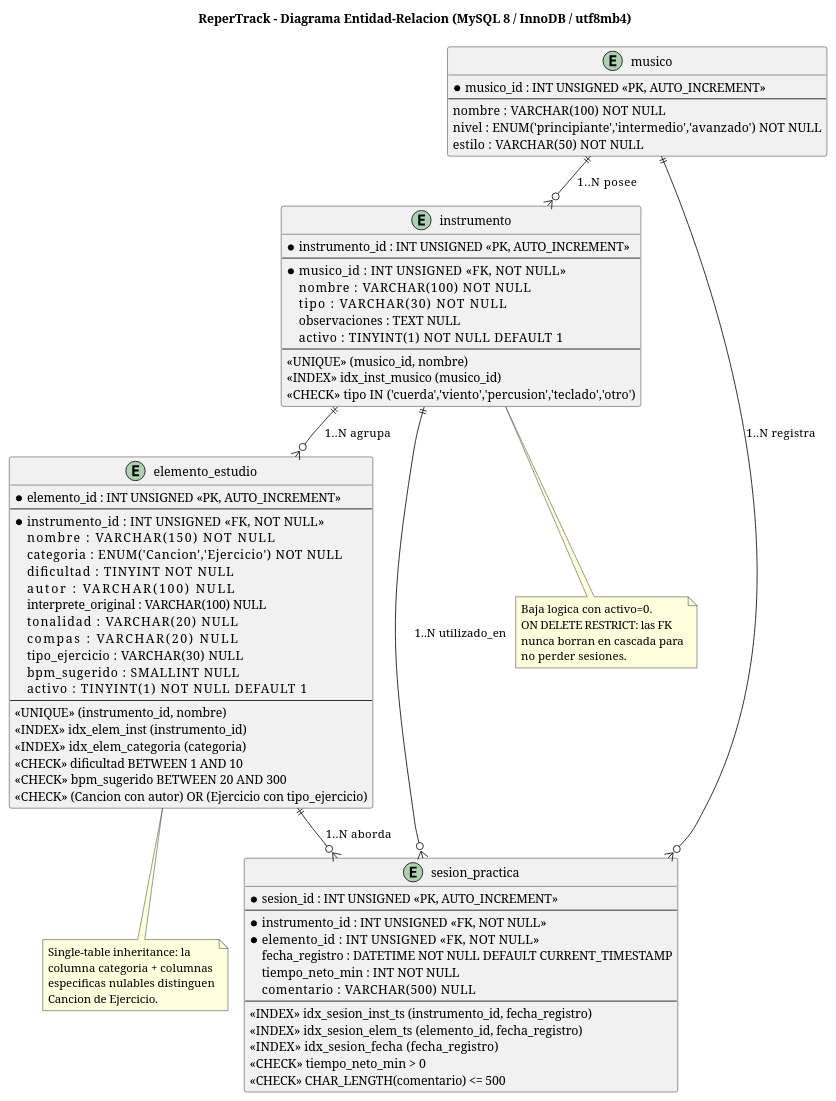
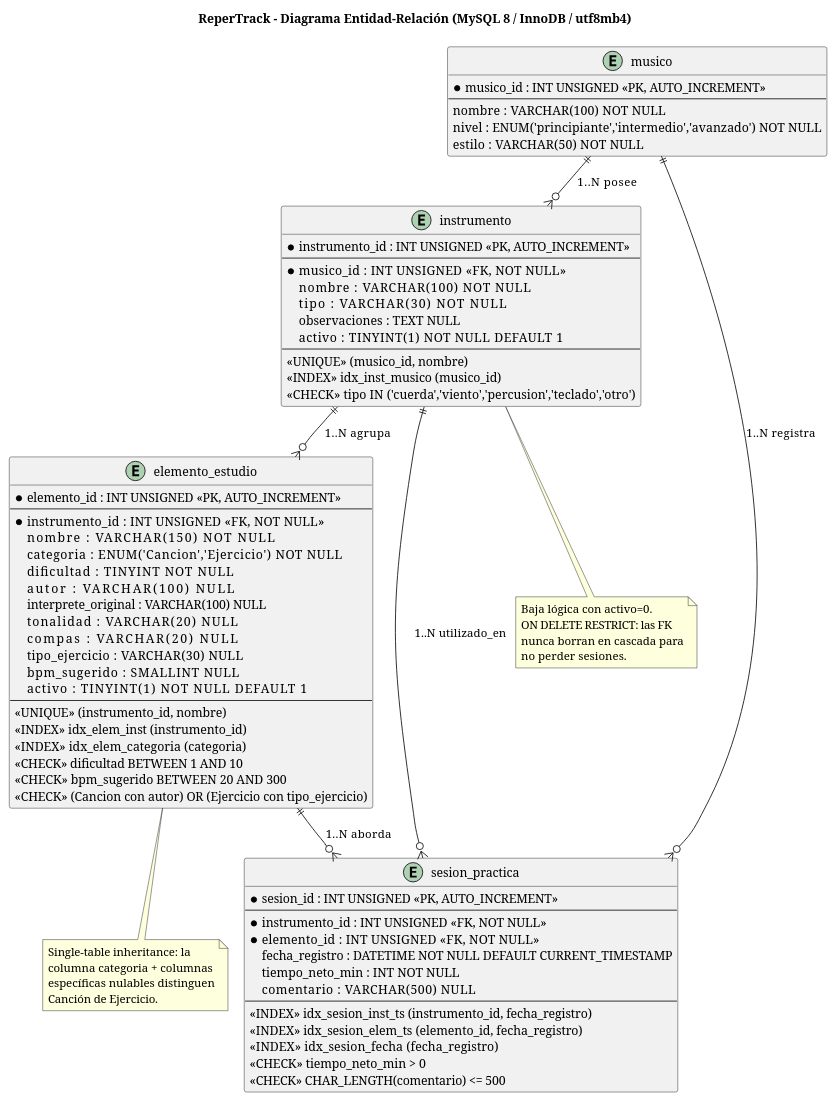
One commit to duendecillo2/reper-track changed the diagram in docs/diagramas/der.puml. Above: the diagram before and after it, drawn with PlantUML. The commit also changed 7 other files, not shown here.

First line of the commit message:
docs: diagrama de clases sincronizado con el codigo y diagramas acentuados

```diff
--- a/docs/diagramas/der.puml
+++ b/docs/diagramas/der.puml
@@ -1,91 +1,91 @@
 @startuml
 !pragma layout smetana
-title ReperTrack - Diagrama Entidad-Relacion (MySQL 8 / InnoDB / utf8mb4)
+title ReperTrack - Diagrama Entidad-Relación (MySQL 8 / InnoDB / utf8mb4)
 
 skinparam entityAttributeIconSize 0
 skinparam entityFontSize 11
 skinparam entityBackgroundColor #FAFAFA
 skinparam entityBorderColor #1c5c3c
 
 entity "musico" as M {
   *musico_id : INT UNSIGNED <<PK, AUTO_INCREMENT>>
   --
   nombre    : VARCHAR(100) NOT NULL
   nivel     : ENUM('principiante','intermedio','avanzado') NOT NULL
   estilo    : VARCHAR(50) NOT NULL
 }
 
 entity "instrumento" as I {
   *instrumento_id : INT UNSIGNED <<PK, AUTO_INCREMENT>>
   --
   *musico_id      : INT UNSIGNED <<FK, NOT NULL>>
   nombre          : VARCHAR(100) NOT NULL
   tipo            : VARCHAR(30) NOT NULL
   observaciones   : TEXT NULL
   activo          : TINYINT(1) NOT NULL DEFAULT 1
   --
   <<UNIQUE>> (musico_id, nombre)
   <<INDEX>>  idx_inst_musico (musico_id)
   <<CHECK>>  tipo IN ('cuerda','viento','percusion','teclado','otro')
 }
 
 entity "elemento_estudio" as E {
   *elemento_id : INT UNSIGNED <<PK, AUTO_INCREMENT>>
   --
   *instrumento_id      : INT UNSIGNED <<FK, NOT NULL>>
   nombre               : VARCHAR(150) NOT NULL
   categoria            : ENUM('Cancion','Ejercicio') NOT NULL
   dificultad           : TINYINT NOT NULL
   autor                : VARCHAR(100) NULL
   interprete_original  : VARCHAR(100) NULL
   tonalidad            : VARCHAR(20) NULL
   compas               : VARCHAR(20) NULL
   tipo_ejercicio       : VARCHAR(30) NULL
   bpm_sugerido         : SMALLINT NULL
   activo               : TINYINT(1) NOT NULL DEFAULT 1
   --
   <<UNIQUE>> (instrumento_id, nombre)
   <<INDEX>>  idx_elem_inst (instrumento_id)
   <<INDEX>>  idx_elem_categoria (categoria)
   <<CHECK>>  dificultad BETWEEN 1 AND 10
   <<CHECK>>  bpm_sugerido BETWEEN 20 AND 300
   <<CHECK>>  (Cancion con autor) OR (Ejercicio con tipo_ejercicio)
 }
 
 entity "sesion_practica" as S {
   *sesion_id : INT UNSIGNED <<PK, AUTO_INCREMENT>>
   --
   *instrumento_id  : INT UNSIGNED <<FK, NOT NULL>>
   *elemento_id     : INT UNSIGNED <<FK, NOT NULL>>
   fecha_registro   : DATETIME NOT NULL DEFAULT CURRENT_TIMESTAMP
   tiempo_neto_min  : INT NOT NULL
   comentario       : VARCHAR(500) NULL
   --
   <<INDEX>> idx_sesion_inst_ts (instrumento_id, fecha_registro)
   <<INDEX>> idx_sesion_elem_ts (elemento_id, fecha_registro)
   <<INDEX>> idx_sesion_fecha   (fecha_registro)
   <<CHECK>> tiempo_neto_min > 0
   <<CHECK>> CHAR_LENGTH(comentario) <= 500
 }
 
 M ||--o{ I : "1..N  posee"
 I ||--o{ E : "1..N  agrupa"
 M ||--o{ S : "1..N  registra"
 I ||--o{ S : "1..N  utilizado_en"
 E ||--o{ S : "1..N  aborda"
 
 note bottom of I
-  Baja logica con activo=0.
+  Baja lógica con activo=0.
   ON DELETE RESTRICT: las FK
   nunca borran en cascada para
   no perder sesiones.
 end note
 
 note bottom of E
   Single-table inheritance: la
   columna categoria + columnas
-  especificas nulables distinguen
-  Cancion de Ejercicio.
+  específicas nulables distinguen
+  Canción de Ejercicio.
 end note
 
 @enduml
```
